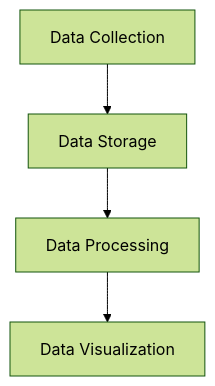
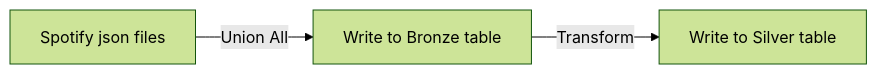
Before and after one commit to MatheusRodri/analytics-spotify-user: the diagram in README.MD, drawn with Mermaid (forest theme). The commit also changed other lines of this file and 2 other files, not shown here.

````diff
--- a/README.MD
+++ b/README.MD
@@ -23,7 +23,5 @@
-``` mermaid
-graph TD
-    A[Data Collection] --> B[Data Storage]
-    B --> C[Data Processing] 
-    C --> D[Data Visualization]
-
+```mermaid
+graph LR;
+    A[Spotify json files] --> |Union All| B[Write to Bronze table]
+    B --> | Transform | C[Write to Silver table] 
 ```
````
